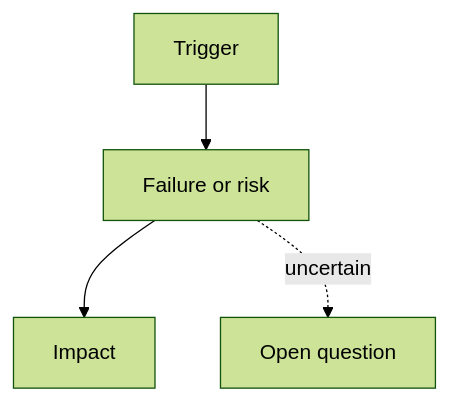
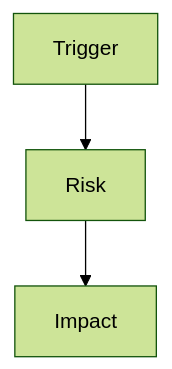
The diagram in .workflow/templates/review.md (FlutteryEmbers/workflow), drawn with Mermaid (forest theme) before and after one commit. The commit also changed other lines of this file and 50 other files, not shown here.

````diff
--- a/.workflow/templates/review.md
+++ b/.workflow/templates/review.md
@@ -15,6 +25,5 @@
 ```mermaid
 flowchart TD
-    trigger_node["Trigger"] --> failure_node["Failure or risk"]
-    failure_node --> impact_node["Impact"]
-    failure_node -. "uncertain" .-> unknown_node["Open question"]
+    trigger_node["Trigger"] --> risk_node["Risk"]
+    risk_node --> impact_node["Impact"]
 ```
````
